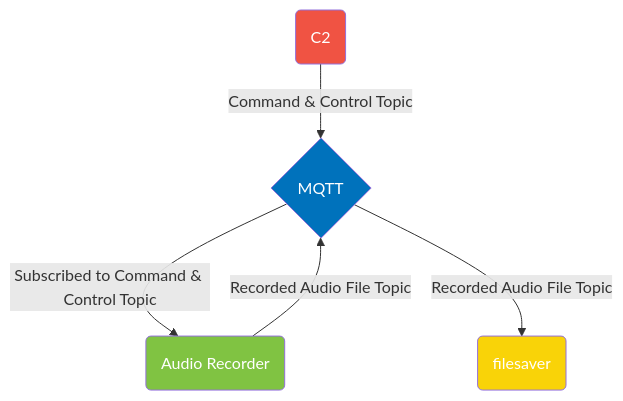
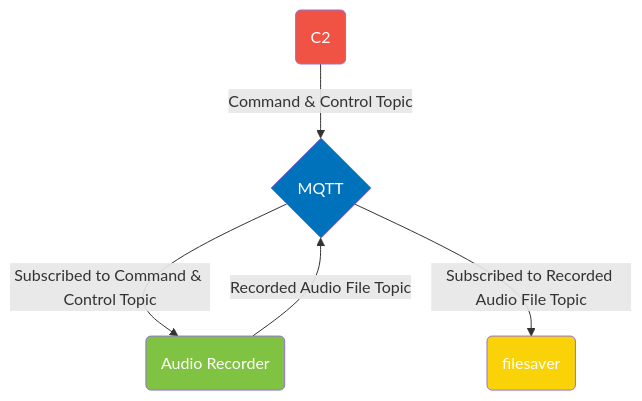
The diagram in README.md (IQTLabs/edgetech-audio-recorder), drawn with Mermaid before and after one commit.

Commit message:
flowchart update

````diff
--- a/README.md
+++ b/README.md
@@ -74,13 +74,14 @@
 ```mermaid 
 
 flowchart TD
     c2(C2) -- Command & Control Topic --> mqtt{MQTT}
     mqtt{MQTT} -- Subscribed to Command & Control Topic --> audiorecorder(Audio Recorder)
     audiorecorder(Audio Recorder) -- Recorded Audio File Topic --> mqtt{MQTT}
-    mqtt{MQTT} -- Recorded Audio File Topic --> filesaver(filesaver)
+    mqtt{MQTT} -- Subscribed to Recorded Audio File Topic --> filesaver(filesaver)
 
 style mqtt fill:#0072bc,color:#ffffff
 style audiorecorder fill:#80c342,color:#ffffff
 style filesaver fill:#F9D308,color:#ffffff
 style c2 fill:#f05343,color:#ffffff
+
 ```
````
